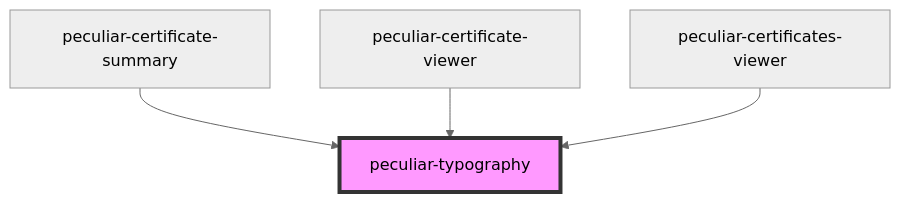
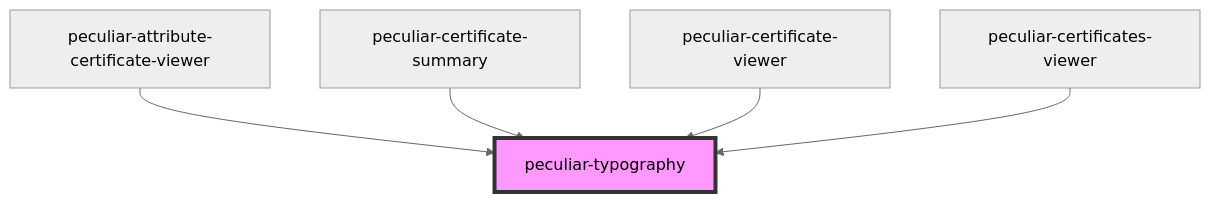
The diagram in packages/webcomponents/src/components/typography/readme.md (PeculiarVentures/pv-certificates-viewer), drawn with Mermaid (neutral theme) before and after one commit. The commit also changed other lines of this file and 5 other files, not shown here.

Commit message:
feat(webcomponents): added render attributes and other info to AttributeCertificateViewer

````diff
--- a/packages/webcomponents/src/components/typography/readme.md
+++ b/packages/webcomponents/src/components/typography/readme.md
@@ -28,7 +29,8 @@
 ```mermaid
 graph TD;
+  peculiar-attribute-certificate-viewer --> peculiar-typography
   peculiar-certificate-summary --> peculiar-typography
   peculiar-certificate-viewer --> peculiar-typography
   peculiar-certificates-viewer --> peculiar-typography
   style peculiar-typography fill:#f9f,stroke:#333,stroke-width:4px
 ```
````
